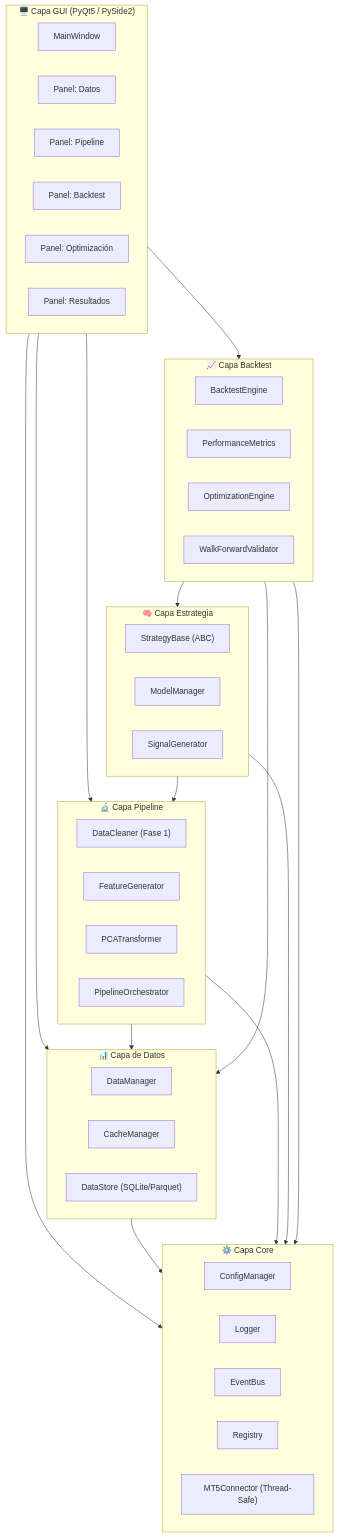
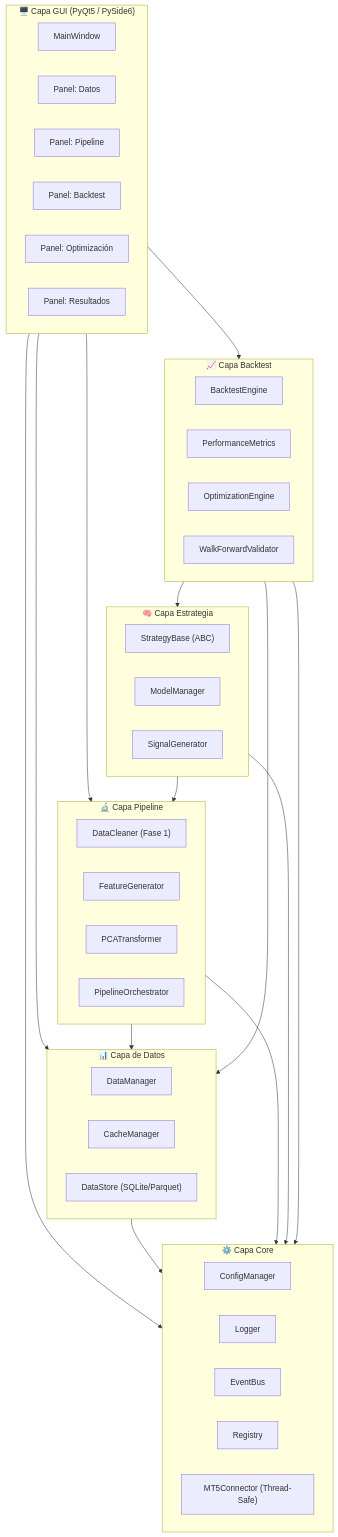
One commit to Gonlopcha/NotOverfitting changed the first of 8 diagrams in README.md. Above: the diagram before and after it, drawn with Mermaid. The commit also changed other lines of this file and 6 other files, not shown here.

````diff
--- a/README.md
+++ b/README.md
@@ -11,59 +11,59 @@
 ```mermaid
 graph TB
-    subgraph GUI["🖥️ Capa GUI (PyQt5 / PySide2)"]
+    subgraph GUI["🖥️ Capa GUI (PyQt5 / PySide6)"]
         MW["MainWindow"]
         DP["Panel: Datos"]
         PP["Panel: Pipeline"]
         BP["Panel: Backtest"]
         OP["Panel: Optimización"]
         RP["Panel: Resultados"]
     end
 
     subgraph CORE["⚙️ Capa Core"]
         CFG["ConfigManager"]
         LOG["Logger"]
         EVT["EventBus"]
         REG["Registry"]
         MT5["MT5Connector (Thread-Safe)"]
     end
 
     subgraph DATA["📊 Capa de Datos"]
         DM["DataManager"]
         CACHE["CacheManager"]
         DB["DataStore (SQLite/Parquet)"]
     end
 
     subgraph PIPELINE["🔬 Capa Pipeline"]
         CLN["DataCleaner (Fase 1)"]
         FG["FeatureGenerator"]
         PCA["PCATransformer"]
         PO["PipelineOrchestrator"]
     end
 
     subgraph STRATEGY["🧠 Capa Estrategia"]
         SB["StrategyBase (ABC)"]
         MM["ModelManager"]
         SIG["SignalGenerator"]
     end
 
     subgraph BACKTEST["📈 Capa Backtest"]
         BE["BacktestEngine"]
         PM["PerformanceMetrics"]
         OPT["OptimizationEngine"]
         WF["WalkForwardValidator"]
     end
 
     GUI --> CORE
     GUI --> DATA
     GUI --> PIPELINE
     GUI --> BACKTEST
 
     DATA --> CORE
     PIPELINE --> DATA
     PIPELINE --> CORE
     STRATEGY --> PIPELINE
     STRATEGY --> CORE
     BACKTEST --> STRATEGY
     BACKTEST --> DATA
     BACKTEST --> CORE
 ```
````
